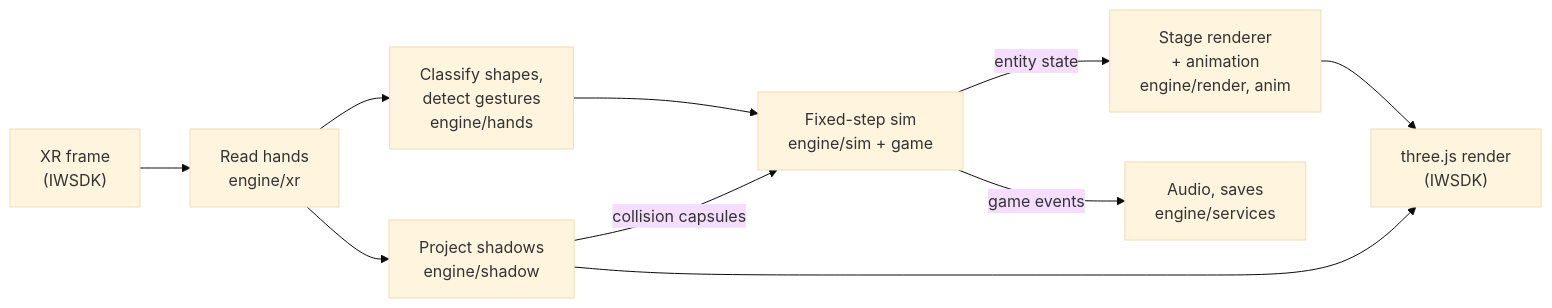
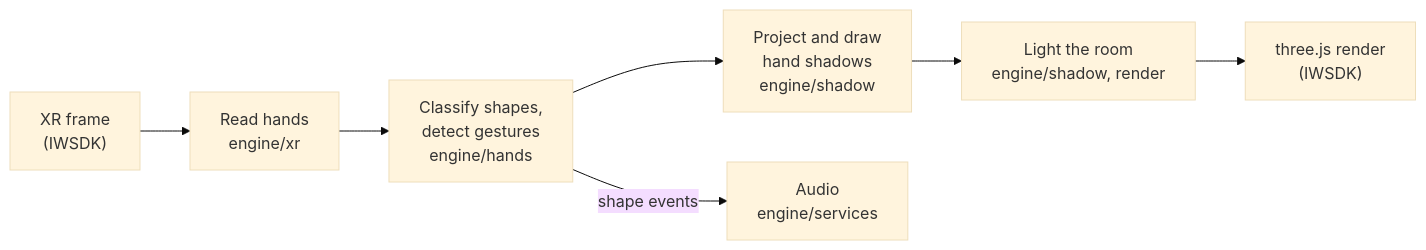
One commit to ActuallyAnson/where-shadows-wander changed the diagram in docs/ARCHITECTURE.md. Above: the diagram before and after it, drawn with Mermaid (base theme). The commit also changed other lines of this file and 17 other files, not shown here.

````diff
--- a/docs/ARCHITECTURE.md
+++ b/docs/ARCHITECTURE.md
@@ -25,12 +25,9 @@
 ```mermaid
 flowchart LR
   XR["XR frame<br/>(IWSDK)"] --> Hands["Read hands<br/>engine/xr"]
   Hands --> Classify["Classify shapes,<br/>detect gestures<br/>engine/hands"]
-  Classify --> Sim["Fixed-step sim<br/>engine/sim + game"]
-  Hands --> Shadow["Project shadows<br/>engine/shadow"]
-  Shadow -->|"collision capsules"| Sim
-  Sim -->|"entity state"| Render["Stage renderer<br/>+ animation<br/>engine/render, anim"]
-  Shadow --> Draw["three.js render<br/>(IWSDK)"]
-  Render --> Draw
-  Sim -->|"game events"| Services["Audio, saves<br/>engine/services"]
+  Classify --> Shadow["Project and draw<br/>hand shadows<br/>engine/shadow"]
+  Shadow --> Light["Light the room<br/>engine/shadow, render"]
+  Classify -->|"shape events"| Audio["Audio<br/>engine/services"]
+  Light --> Draw["three.js render<br/>(IWSDK)"]
 ```
````
